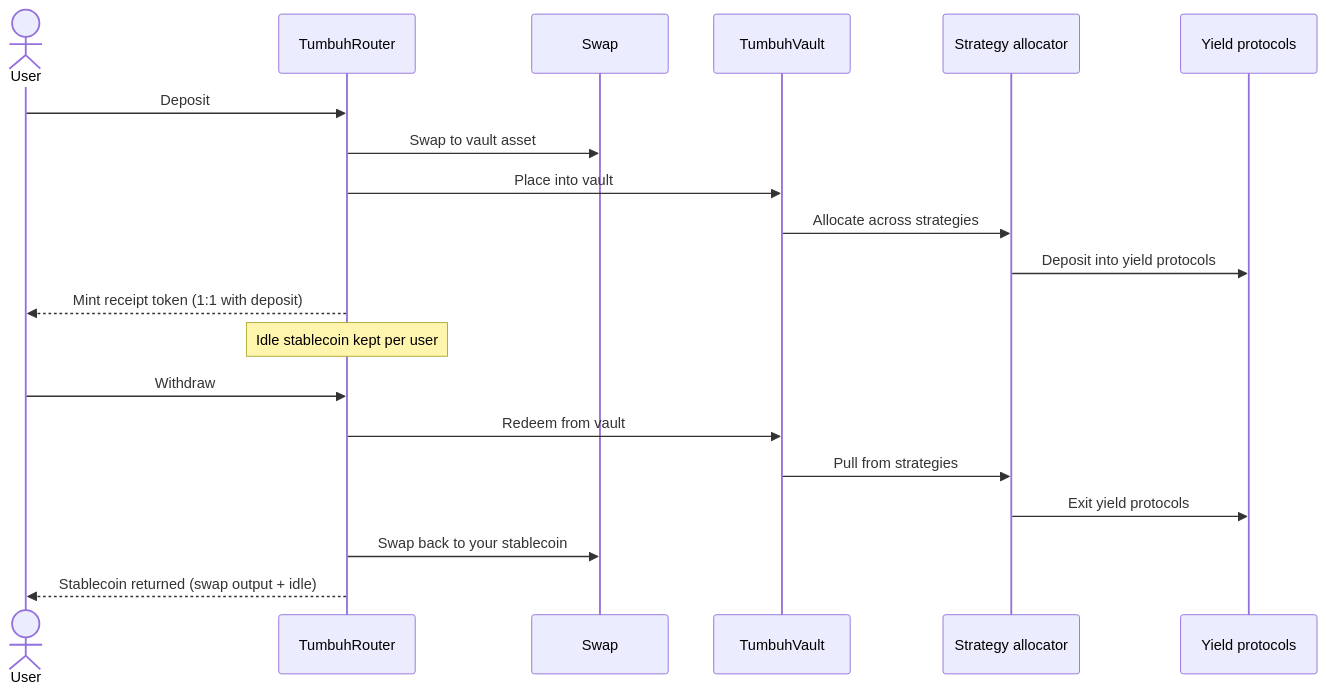
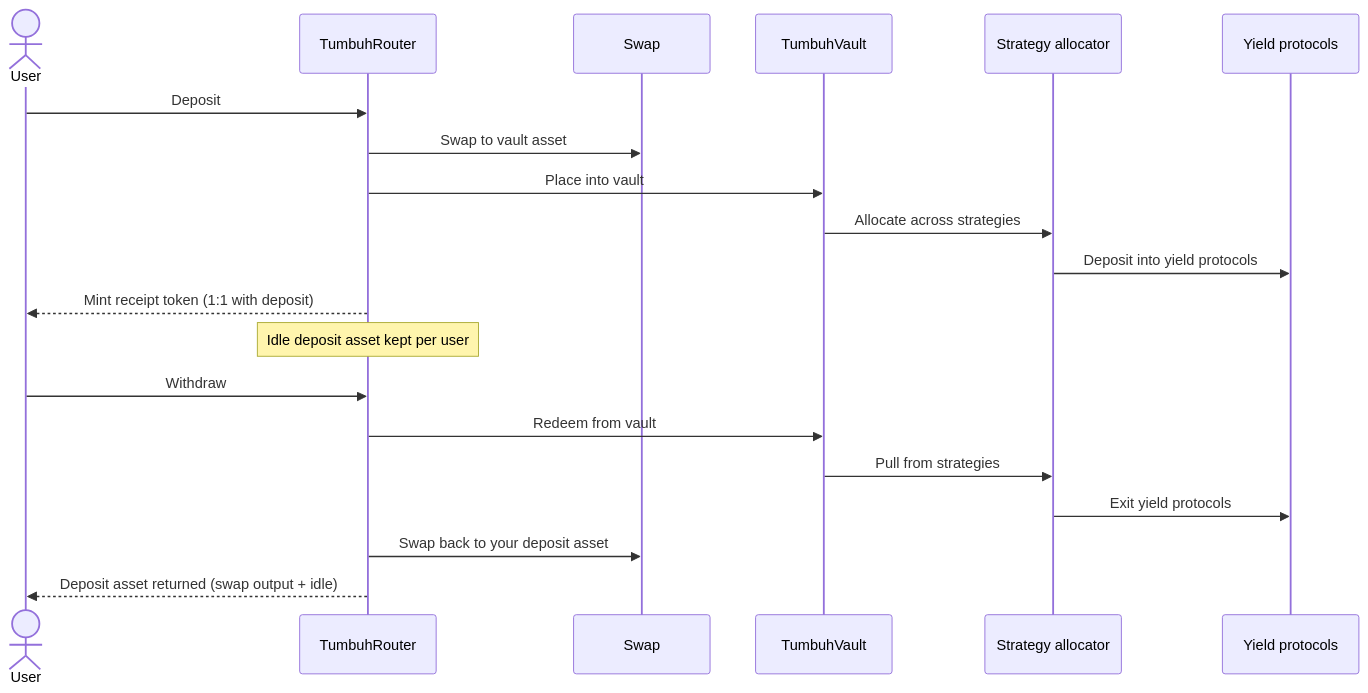
One commit to tumbuh-fi/docs changed the first of 2 diagrams in how-it-works/overview.mdx. Above: the diagram before and after it, drawn with Mermaid. The commit also changed other lines of this file and 12 other files, not shown here.

````diff
--- a/how-it-works/overview.mdx
+++ b/how-it-works/overview.mdx
@@ -18,24 +18,24 @@
 ```mermaid
 sequenceDiagram
     actor User
     participant Router as TumbuhRouter
     participant Swap as Swap
     participant Vault as TumbuhVault
     participant SM as Strategy allocator
     participant External as Yield protocols
 
     User->>Router: Deposit
     Router->>Swap: Swap to vault asset
     Router->>Vault: Place into vault
     Vault->>SM: Allocate across strategies
     SM->>External: Deposit into yield protocols
     Router-->>User: Mint receipt token (1:1 with deposit)
-    Note over Router: Idle stablecoin kept per user
+    Note over Router: Idle deposit asset kept per user
 
     User->>Router: Withdraw
     Router->>Vault: Redeem from vault
     Vault->>SM: Pull from strategies
     SM->>External: Exit yield protocols
-    Router->>Swap: Swap back to your stablecoin
-    Router-->>User: Stablecoin returned (swap output + idle)
+    Router->>Swap: Swap back to your deposit asset
+    Router-->>User: Deposit asset returned (swap output + idle)
 ```
````
